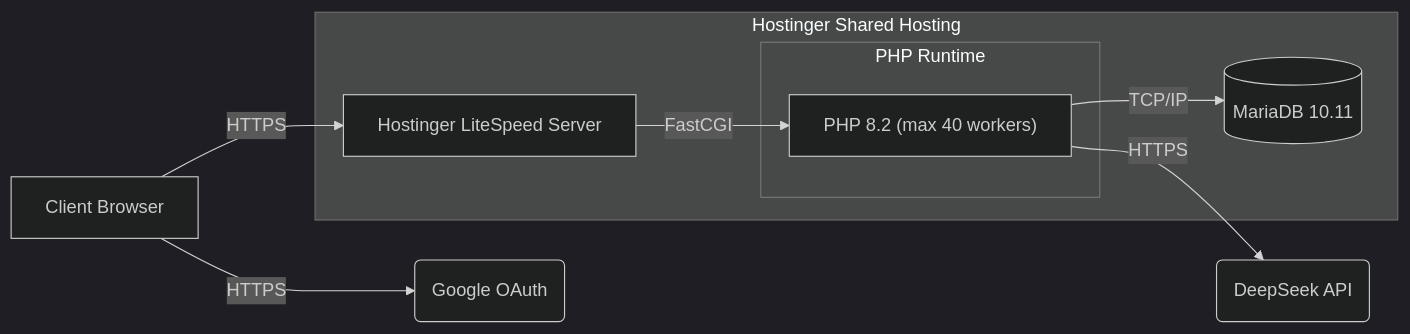
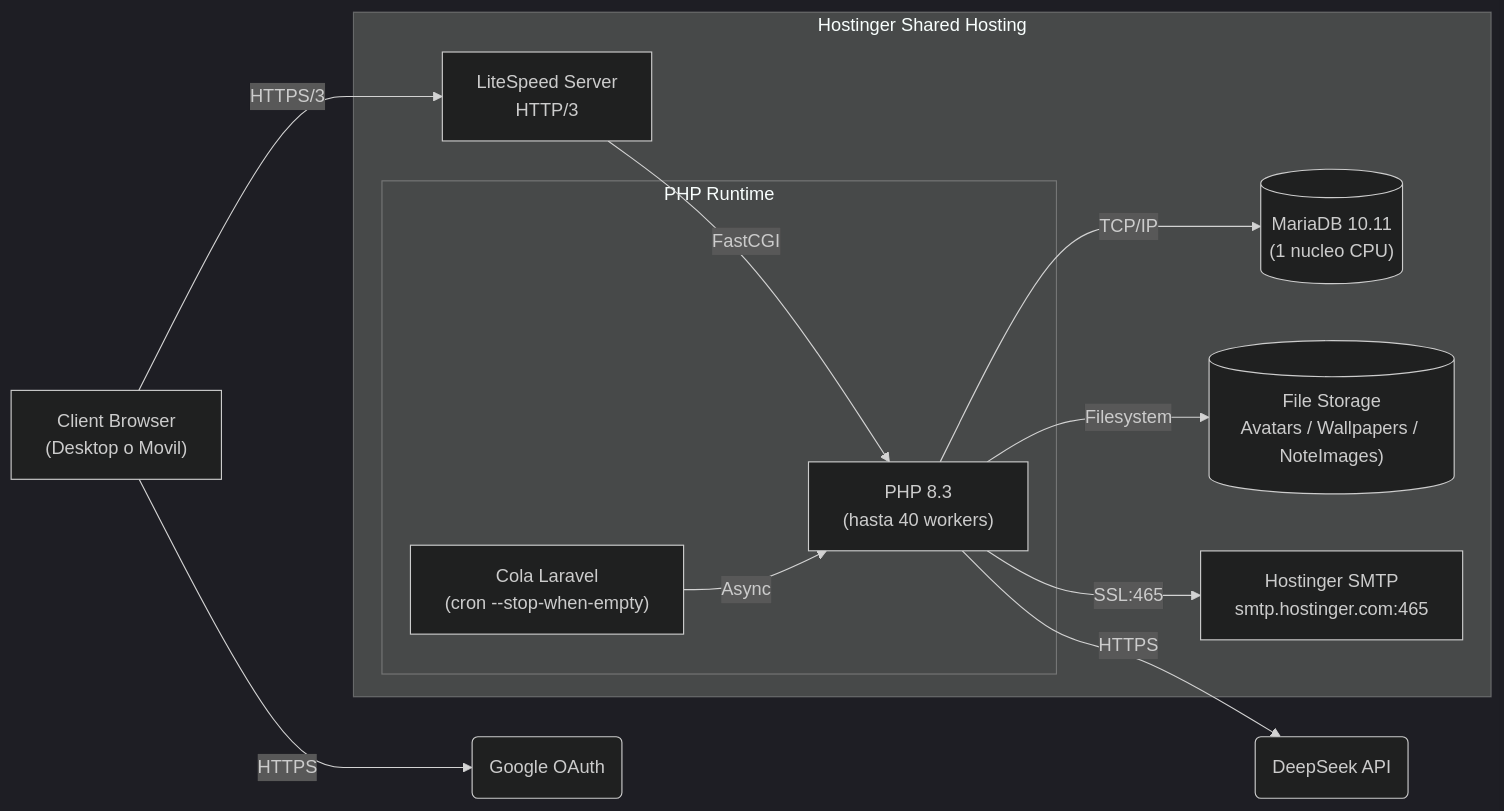
The ninth of 11 diagrams in docs/00-ARQUITECTURA.md (Chester0802/EpycusApp), drawn with Mermaid (dark theme) before and after one commit. The commit also changed other lines of this file and 101 other files, not shown here.

````diff
--- a/docs/00-ARQUITECTURA.md
+++ b/docs/00-ARQUITECTURA.md
@@ -818,23 +753,29 @@
 ```mermaid
 flowchart LR
-    Client["Client Browser"]
-    
+    Client["Client Browser\n(Desktop o Movil)"]
+
     subgraph Hostinger ["Hostinger Shared Hosting"]
-        Litespeed["Hostinger LiteSpeed Server"]
-        
-        subgraph PHP_Runtime ["PHP Runtime"]
-            PHP["PHP 8.2 (max 40 workers)"]
+        LiteSpeed["LiteSpeed Server\nHTTP/3"]
+
+        subgraph PHPRuntime ["PHP Runtime"]
+            PHP["PHP 8.3\n(hasta 40 workers)"]
+            Queue["Cola Laravel\n(cron --stop-when-empty)"]
         end
-        
-        MariaDB[("MariaDB 10.11")]
+
+        MariaDB[("MariaDB 10.11\n(1 nucleo CPU)")]
+        FileStorage[("File Storage\nAvatars / Wallpapers / NoteImages)")]
+        SMTP["Hostinger SMTP\nsmtp.hostinger.com:465"]
     end
-    
+
     DeepSeek("DeepSeek API")
     Google("Google OAuth")
 
-    Client -- HTTPS --> Litespeed
-    Litespeed -- FastCGI --> PHP
+    Client -- HTTPS/3 --> LiteSpeed
+    LiteSpeed -- FastCGI --> PHP
     PHP -- TCP/IP --> MariaDB
+    PHP -- Filesystem --> FileStorage
     PHP -- HTTPS --> DeepSeek
     Client -- HTTPS --> Google
+    PHP -- SSL:465 --> SMTP
+    Queue -- Async --> PHP
 ```
````
